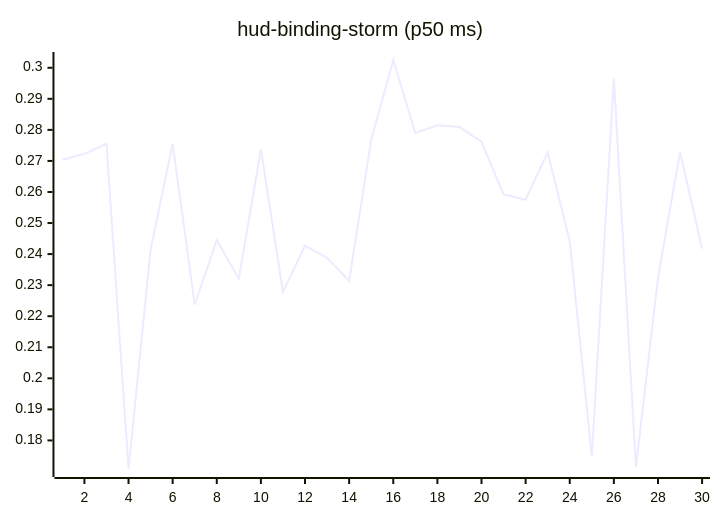
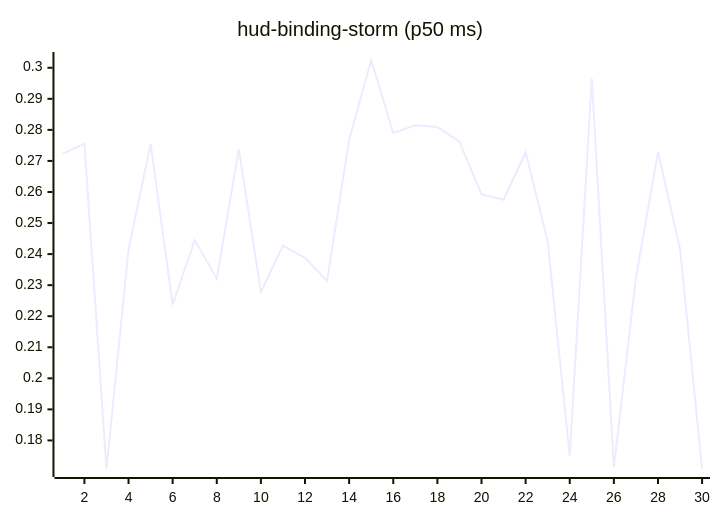
The tenth of 27 diagrams in README.md (josha/Facet), drawn with Mermaid before and after one commit. The commit also changed other lines of this file and 2 other files, not shown here.

````diff
--- a/README.md
+++ b/README.md
@@ -126,6 +126,6 @@
 ```mermaid
 xychart-beta
     title "hud-binding-storm (p50 ms)"
     x-axis 1 --> 30
-    line [0.2704, 0.2723, 0.2755, 0.1708, 0.2414, 0.2755, 0.2237, 0.2445, 0.2321, 0.2737, 0.2278, 0.2427, 0.2388, 0.2314, 0.2768, 0.3025, 0.2790, 0.2815, 0.2809, 0.2762, 0.2592, 0.2575, 0.2728, 0.2441, 0.1749, 0.2965, 0.1714, 0.2323, 0.2729, 0.2417]
+    line [0.2723, 0.2755, 0.1708, 0.2414, 0.2755, 0.2237, 0.2445, 0.2321, 0.2737, 0.2278, 0.2427, 0.2388, 0.2314, 0.2768, 0.3025, 0.2790, 0.2815, 0.2809, 0.2762, 0.2592, 0.2575, 0.2728, 0.2441, 0.1749, 0.2965, 0.1714, 0.2323, 0.2729, 0.2417, 0.1708]
 ```
````
